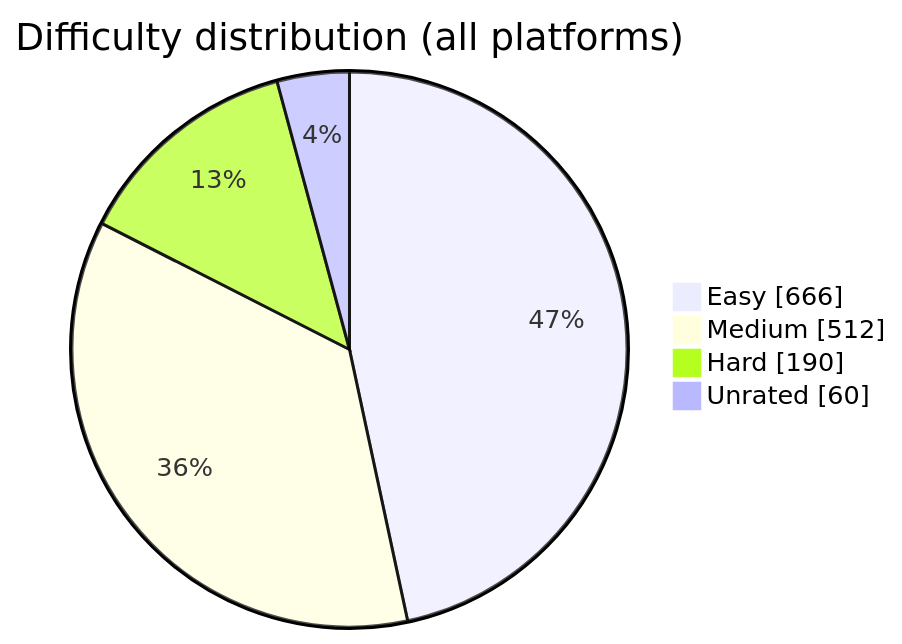
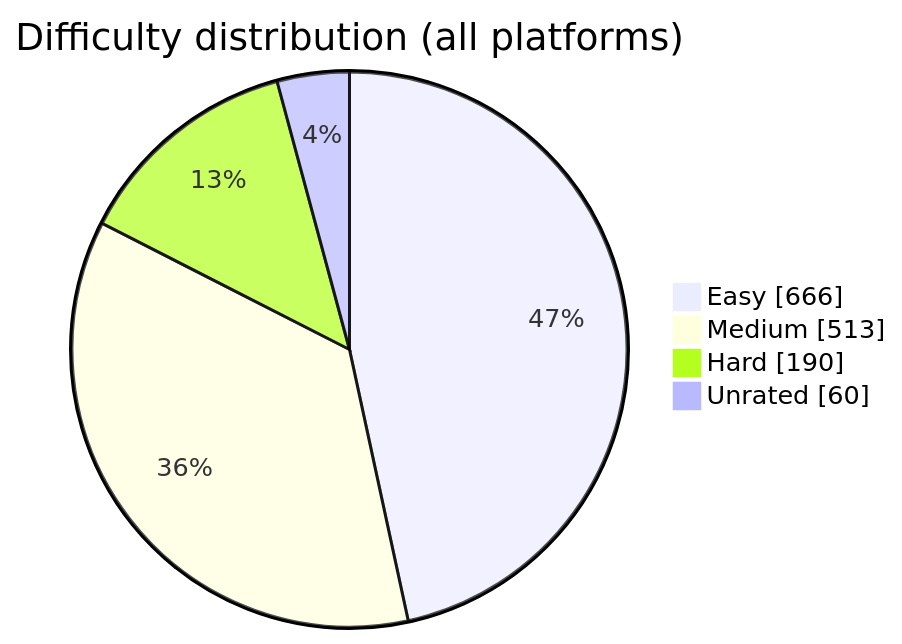
Before and after one commit to BuildbyArindam/Daily-Coding-Log: the diagram in README.md, drawn with Mermaid. The commit also changed other lines of this file, not shown here.

````diff
--- a/README.md
+++ b/README.md
@@ -93,7 +93,7 @@
 ```mermaid
 pie showData title Difficulty distribution (all platforms)
     "Easy" : 666
-    "Medium" : 512
+    "Medium" : 513
     "Hard" : 190
     "Unrated" : 60
 ```
````
